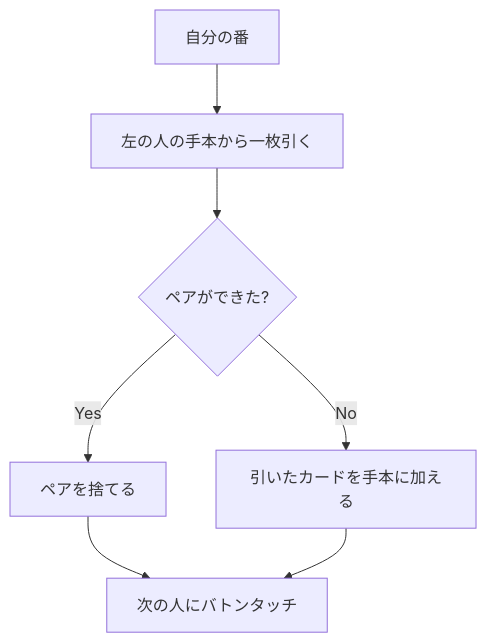
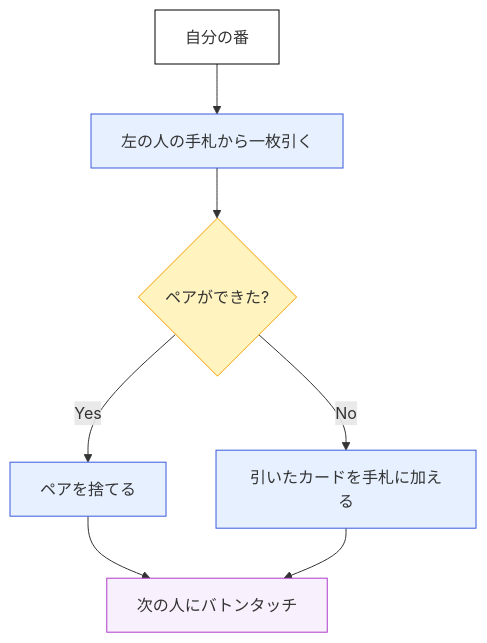
One commit to pochang6/education-notes changed the third of 4 diagrams in ばば抜きのアルゴリズム.md. Above: the diagram before and after it, drawn with Mermaid. The commit also changed other lines of this file, not shown here.

````diff
--- a/ばば抜きのアルゴリズム.md
+++ b/ばば抜きのアルゴリズム.md
@@ -37,9 +43,14 @@
 ```mermaid
 flowchart TD
-  A[自分の番] --> B[左の人の手本から一枚引く]
-  B --> C{ペアができた?}
-  C -- Yes --> D[ペアを捨てる]
-  C -- No --> E[引いたカードを手本に加える]
-  D --> F[次の人にバトンタッチ]
+  A[自分の番]:::start --> B[左の人の手札から一枚引く]:::process
+  B --> C{ペアができた?}:::decision
+  C -- Yes --> D[ペアを捨てる]:::process
+  C -- No --> E[引いたカードを手札に加える]:::process
+  D --> F[次の人にバトンタッチ]:::next
   E --> F
+
+  classDef start fill:#ffffff,stroke:#000000,stroke-width:1px;
+  classDef process fill:#e6f0ff,stroke:#3b5bdb,stroke-width:1px;
+  classDef decision fill:#fff3bf,stroke:#f59f00,stroke-width:1px;
+  classDef next fill:#f8f0fc,stroke:#ae3ec9,stroke-width:1px;
 ```
````
